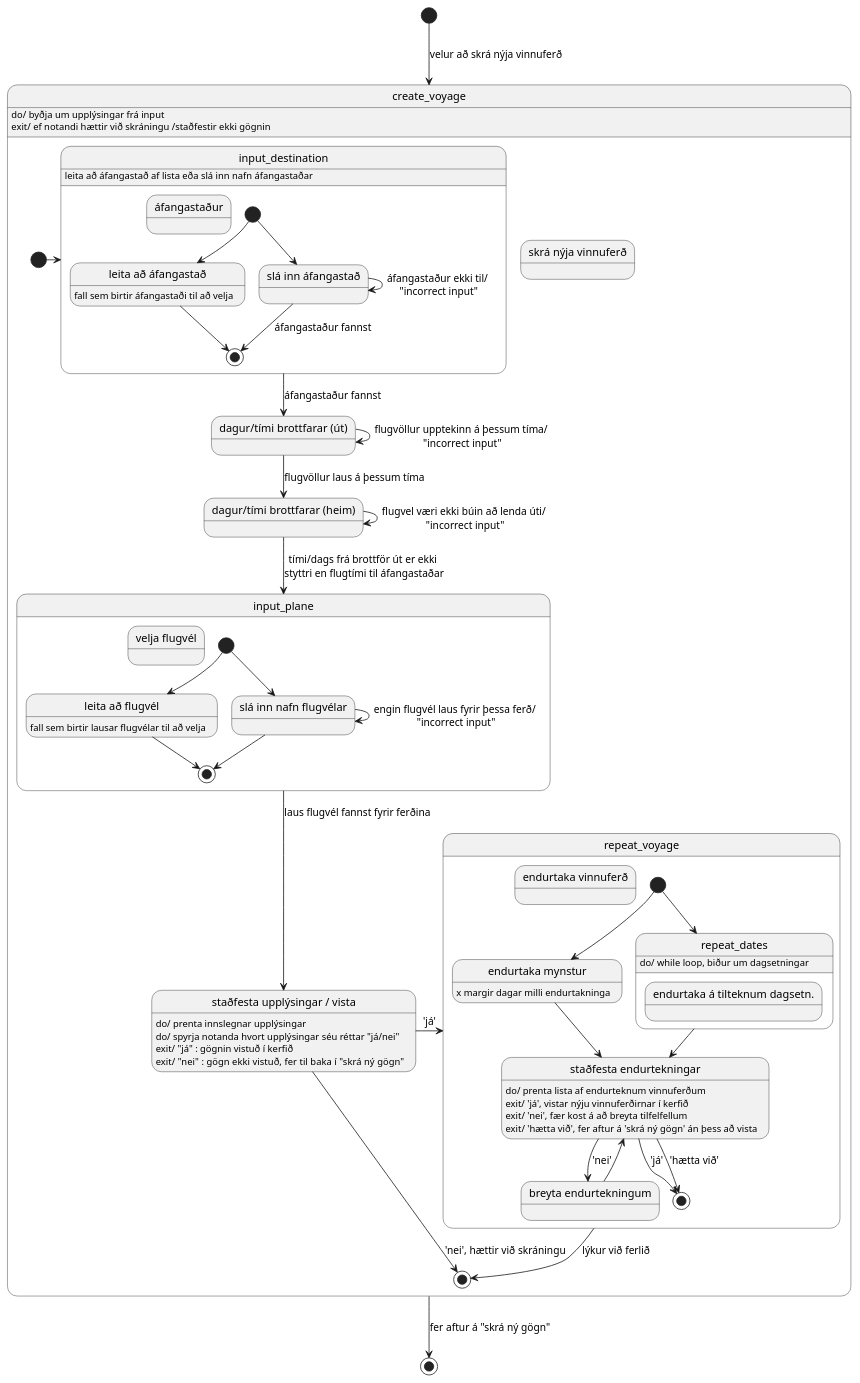
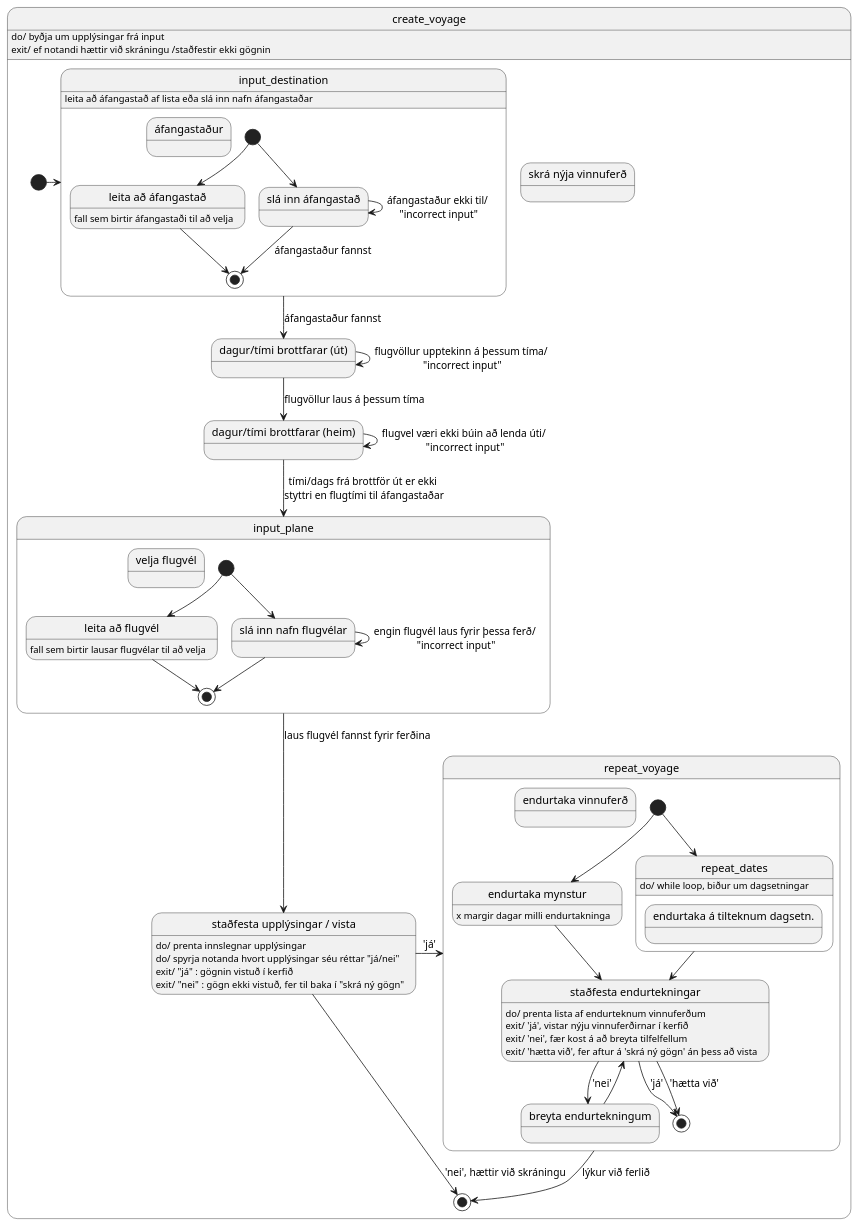
Before and after one commit to MyraMidnight/VLN1_h16: the diagram in diagrams/state/state_program/state_create_voyage.puml, drawn with PlantUML. The commit also changed 2 other files, not shown here.

Commit message:
working on state diagram for getting shift data

```diff
--- a/diagrams/state/state_program/state_create_voyage.puml
+++ b/diagrams/state/state_program/state_create_voyage.puml
@@ -1,99 +1,94 @@
 @startuml 
 
 state create_voyage {
   state create_voyage as "skrá nýja vinnuferð"
     create_voyage : do/ byðja um upplýsingar frá input
     create_voyage : exit/ ef notandi hættir við skráningu /staðfestir ekki gögnin
 
   state input_destination {
     state input_destination as "áfangastaður"
       input_destination : leita að áfangastað af lista eða slá inn nafn áfangastaðar
     state destination_search as "leita að áfangastað"
       destination_search : fall sem birtir áfangastaði til að velja
     state destination_direct as "slá inn áfangastað"
     [*] --> destination_direct
     [*] --> destination_search
     destination_direct --> destination_direct : áfangastaður ekki til/ \n"incorrect input"
     destination_search --> [*]
     destination_direct --> [*] : áfangastaður fannst
   }
   state input_date_out as "dagur/tími brottfarar (út)"
   state input_date_in as "dagur/tími brottfarar (heim)"
   state input_plane {
     state input_plane as "velja flugvél"
     state plane_search as "leita að flugvél" 
       plane_search : fall sem birtir lausar flugvélar til að velja
     state plane_direct as "slá inn nafn flugvélar"
 
     [*] --> plane_search
     [*] --> plane_direct
     plane_direct --> plane_direct : engin flugvél laus fyrir þessa ferð/ \n"incorrect input"
     plane_direct --> [*]
     plane_search --> [*]
   }
   state voyage_confirm as "staðfesta upplýsingar / vista"
     voyage_confirm : do/ prenta innslegnar upplýsingar
     voyage_confirm : do/ spyrja notanda hvort upplýsingar séu réttar "já/nei"
     voyage_confirm : exit/ "já" : gögnin vistuð í kerfið
     voyage_confirm : exit/ "nei" : gögn ekki vistuð,  fer til baka í "skrá ný gögn"
 
   state repeat_voyage {
     state repeat_voyage as "endurtaka vinnuferð"
     state repeat_pattern as "endurtaka mynstur"
       repeat_pattern : x margir dagar milli endurtakninga
     state repeat_dates {
       state repeat_dates as "endurtaka á tilteknum dagsetn."
         repeat_dates : do/ while loop, biður um dagsetningar
       ' state repeat_date_input as "slá inn dags."
       '   repeat_date_input : entry/ 'true', tókst að bæta dags. á listann
       '   repeat_date_input : entry/ 'false',  
       ' state repeat_date_check as "athuga dags."
       '   repeat_date_check : do/ athuga hvort flugvöllur og flugvél sé laus
       '   repeat_date_check : exit/ tími hentar hentar fyrir vinnuferð, bæta dags á lista.
       '   repeat_date_check : exit/ engin flugvél laus, gefur error skilaboð
       ' state repeat_date_end as "birta lista af innslegnum dags."
 
       ' [*] --> repeat_date_input 
       ' repeat_date_input --> repeat_date_input : 'invalid input'
       ' repeat_date_input --> repeat_date_check : valid date
       ' repeat_date_check --> repeat_date_input : 'return false'
       ' repeat_date_check --> repeat_date_input : 'return true'
     }
     state repeat_confirm as "staðfesta endurtekningar"
       repeat_confirm : do/ prenta lista af endurteknum vinnuferðum
       repeat_confirm : exit/ 'já', vistar nýju vinnuferðirnar í kerfið
       repeat_confirm : exit/ 'nei', fær kost á að breyta tilfelfellum
       repeat_confirm : exit/ 'hætta við', fer aftur á 'skrá ný gögn' án þess að vista 
     state edit_repeats as "breyta endurtekningum"
     [*] --> repeat_pattern
     [*] --> repeat_dates
     repeat_pattern --> repeat_confirm
     repeat_dates --> repeat_confirm
     repeat_confirm --> [*] : 'já'
     repeat_confirm --> edit_repeats : 'nei'
     repeat_confirm --> [*] : 'hætta við'
     edit_repeats --> repeat_confirm
     
     
   }
 
   [*] -right-> input_destination
   input_destination --> input_date_out : áfangastaður fannst
   input_date_out --> input_date_in : flugvöllur laus á þessum tíma
     input_date_out --> input_date_out : flugvöllur upptekinn á þessum tíma/ \n"incorrect input"
   input_date_in --> input_plane : tími/dags frá brottför út er ekki \nstyttri en flugtími til áfangastaðar
     input_date_in --> input_date_in : flugvel væri ekki búin að lenda úti/ \n"incorrect input"
   input_plane --> voyage_confirm : laus flugvél fannst fyrir ferðina
   voyage_confirm -right-> [*] : 'nei', hættir við skráningu
   voyage_confirm -right-> repeat_voyage : 'já'
   repeat_voyage --> [*] : lýkur við ferlið
   
 }
 
 
-
-[*] --> create_voyage : velur að skrá nýja vinnuferð
-create_voyage --> [*] : fer aftur á "skrá ný gögn"
-
-
 @enduml
```
